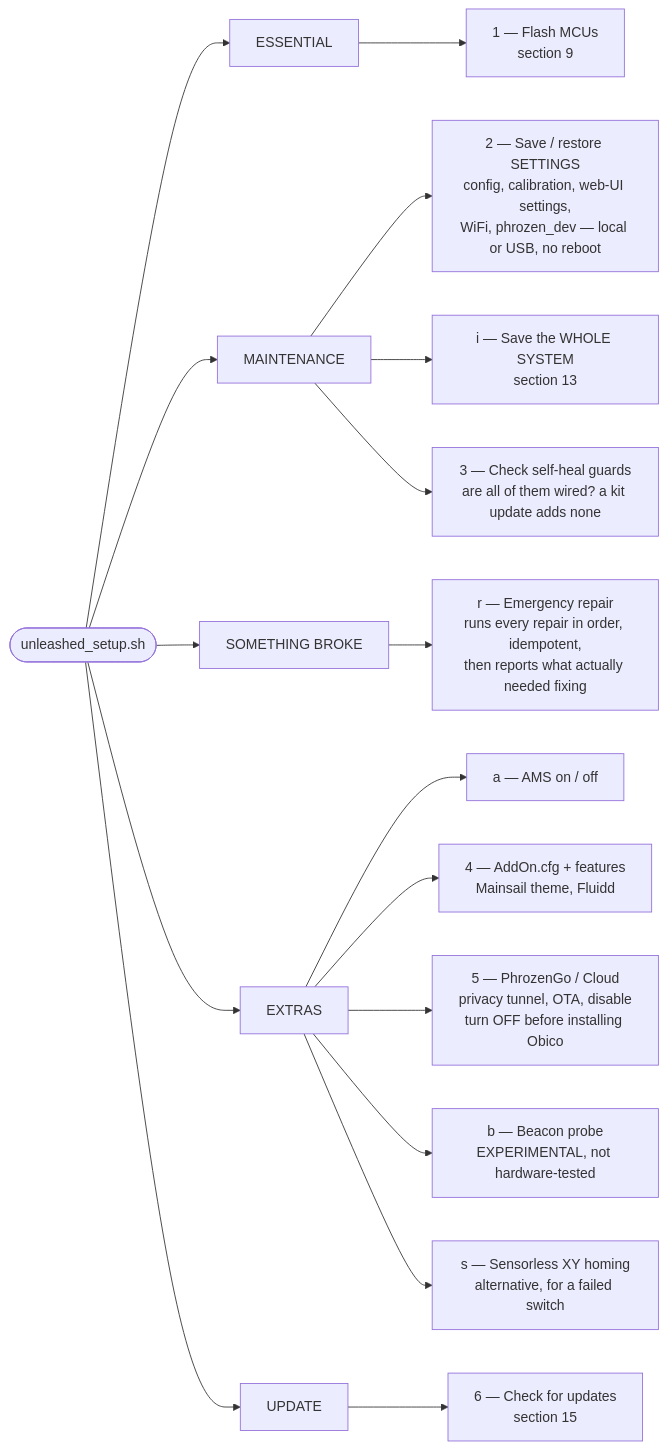
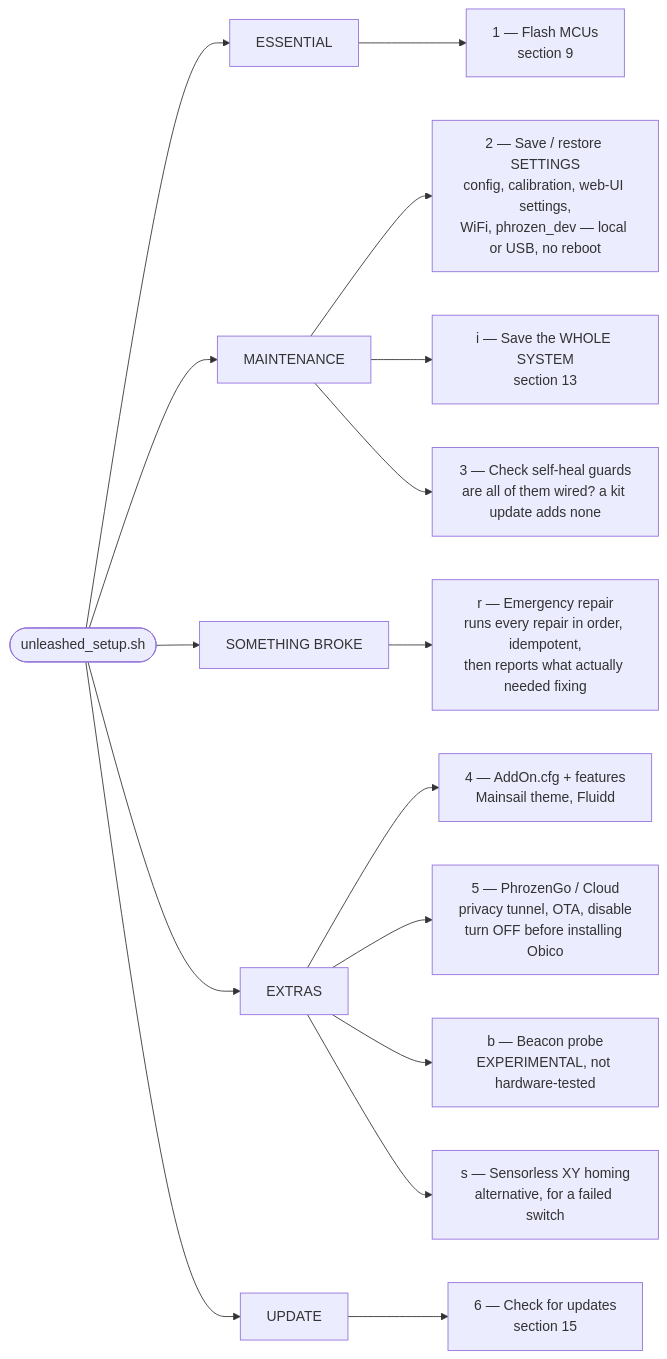
Diagram 11 of 16 in INSTALL-FLOWCHARTS.md (solutionphil/arco-unleashed), drawn with Mermaid before and after one commit. The commit also changed 5 other files, not shown here.

````diff
--- a/INSTALL-FLOWCHARTS.md
+++ b/INSTALL-FLOWCHARTS.md
@@ -377,25 +377,24 @@
 ```mermaid
 flowchart LR
     MENU(["unleashed_setup.sh"])
     MENU --> E["ESSENTIAL"]
     MENU --> MN["MAINTENANCE"]
     MENU --> BR["SOMETHING BROKE"]
     MENU --> EX["EXTRAS"]
     MENU --> UP["UPDATE"]
 
     E --> E1["1 — Flash MCUs<br/>section 9"]
 
     MN --> M1["2 — Save / restore SETTINGS<br/>config, calibration, web-UI settings,<br/>WiFi, phrozen_dev — local or USB, no reboot"]
     MN --> M2["i — Save the WHOLE SYSTEM<br/>section 13"]
     MN --> M3["3 — Check self-heal guards<br/>are all of them wired? a kit update adds none"]
 
     BR --> B1["r — Emergency repair<br/>runs every repair in order, idempotent,<br/>then reports what actually needed fixing"]
 
-    EX --> X1["a — AMS on / off"]
     EX --> X2["4 — AddOn.cfg + features<br/>Mainsail theme, Fluidd"]
     EX --> X3["5 — PhrozenGo / Cloud<br/>privacy tunnel, OTA, disable<br/>turn OFF before installing Obico"]
     EX --> X4["b — Beacon probe<br/>EXPERIMENTAL, not hardware-tested"]
     EX --> X5["s — Sensorless XY homing<br/>alternative, for a failed switch"]
 
     UP --> U1["6 — Check for updates<br/>section 15"]
 ```
````
